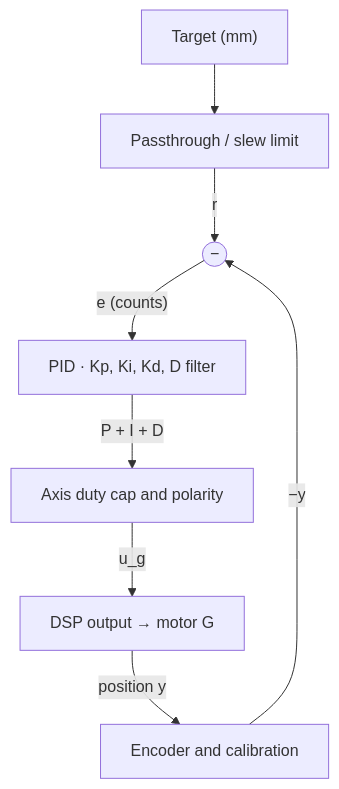
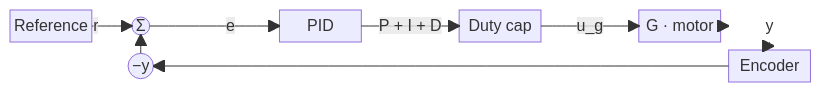
Before and after one commit to pochihh/Project-Crazy-Diamond: the diagram in ros2_ws/doc/diagrams/pid.md, drawn with Mermaid. The commit also changed other lines of this file and 3 other files, not shown here.

Commit message:
Draw controller diagrams with a forward path and negative feedback return

````diff
--- a/ros2_ws/doc/diagrams/pid.md
+++ b/ros2_ws/doc/diagrams/pid.md
@@ -3,10 +3,16 @@
 ```mermaid
-flowchart TD
-    target["Target (mm)"] --> ref["Passthrough / slew limit"]
-    ref -->|r| error(("−"))
-    error -->|"e (counts)"| pid["PID · Kp, Ki, Kd, D filter"]
-    pid -->|"P + I + D"| limit["Axis duty cap and polarity"]
-    limit -->|"u_g"| plant["DSP output → motor G"]
-    plant -->|"position y"| feedback["Encoder and calibration"]
-    feedback -->|"−y"| error
+block-beta
+    columns 9
+    ref["Reference"] err(("Σ")) space pid["PID"] space limit["Duty cap"] space g["G · motor"] y["y"]
+    space neg(("−y")) space:6 encoder["Encoder"]
+    ref -- "r" --> err
+    err -- "e" --> pid
+    pid -- "P + I + D" --> limit
+    limit -- "u_g" --> g
+    g --> y
+    y --> encoder
+    encoder --> neg
+    neg --> err
+    classDef signal fill:transparent,stroke:none
+    class y signal
 ```
````
